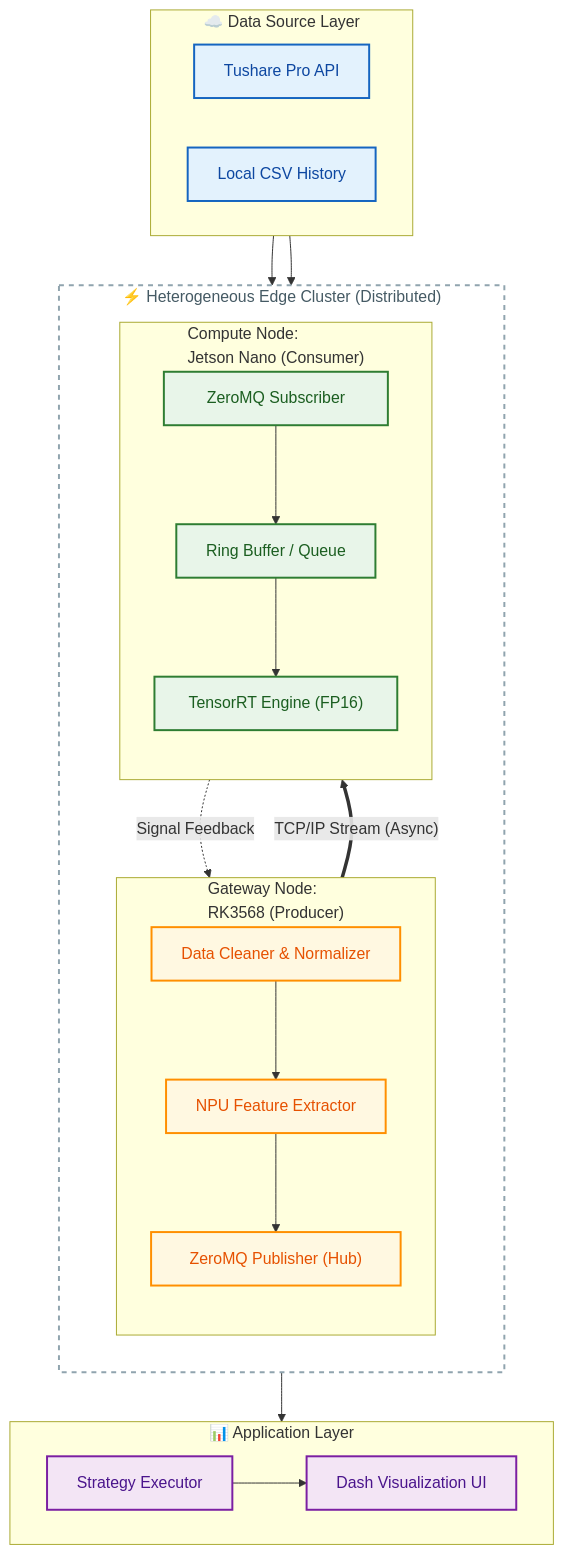
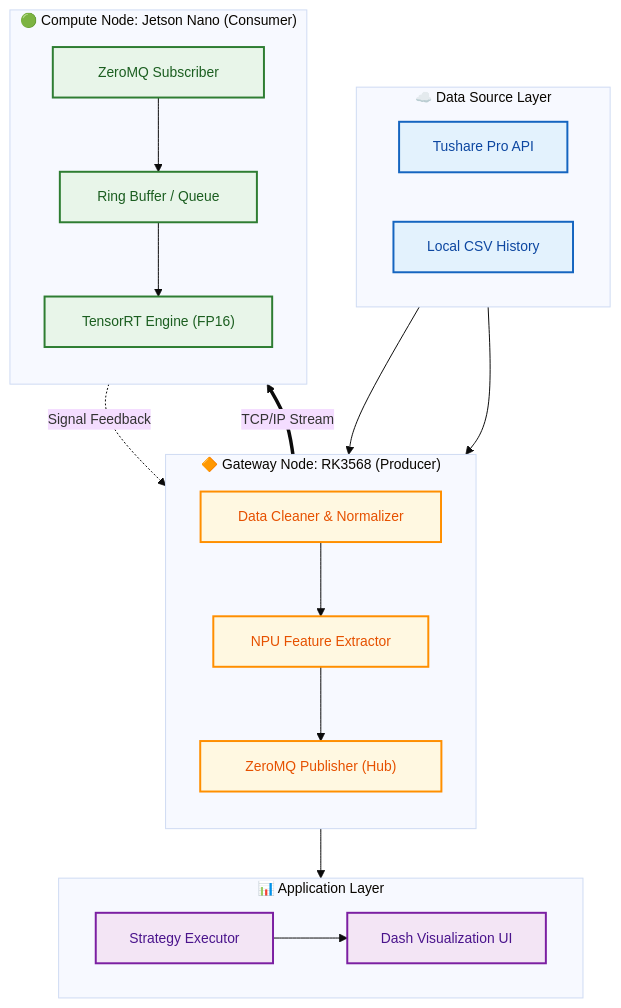
One commit to WNPPP0114/HEQIS changed the diagram in README.md. Above: the diagram before and after it, drawn with Mermaid.

Commit message:
Refactor Mermaid diagram and comments in README

````diff
--- a/README.md
+++ b/README.md
@@ -7,86 +7,80 @@
 ```mermaid
 graph TD
-    %% --- 全局样式定义 ---
+    %% --- 核心配置：强制增加间距 ---
+    %% nodesep: 同层节点间距, ranksep: 上下层间距
+    %% 这一行指令对防遮挡至关重要
+    %%{init: {'theme': 'base', 'themeVariables': { 'fontSize': '14px', 'fontFamily': 'arial'}, 'flowchart': {'nodeSpacing': 50, 'rankSpacing': 50, 'curve': 'basis'}}}%%
+
+    %% --- 样式定义 ---
     classDef cloud fill:#E3F2FD,stroke:#1565C0,stroke-width:2px,color:#0D47A1;
     classDef gateway fill:#FFF8E1,stroke:#FF8F00,stroke-width:2px,color:#E65100;
     classDef compute fill:#E8F5E9,stroke:#2E7D32,stroke-width:2px,color:#1B5E20;
     classDef app fill:#F3E5F5,stroke:#7B1FA2,stroke-width:2px,color:#4A148C;
-    
-    %% 虚线框样式
-    classDef container fill:#FFFFFF,stroke:#90A4AE,stroke-width:2px,stroke-dasharray: 5 5,color:#455A64;
 
     %% =======================
-    %% 1. 数据源层 (Top)
+    %% 1. 数据源层
     %% =======================
-    subgraph SourceLayer ["☁️ Data Source Layer"]
+    subgraph Cloud ["☁️ Data Source Layer"]
         direction LR
-        API["Tushare Pro API"]:::cloud
-        CSV["Local CSV History"]:::cloud
+        API["&nbsp;Tushare Pro API&nbsp;"]:::cloud
+        CSV["&nbsp;Local CSV History&nbsp;"]:::cloud
     end
 
     %% =======================
-    %% 2. 异构边缘集群 (Middle)
+    %% 2. 边缘计算节点 (移除外层包裹，直接展示两个节点)
     %% =======================
-    subgraph EdgeCluster ["⚡ Heterogeneous Edge Cluster (Distributed)"]
+    
+    %% --- RK3568 网关 ---
+    subgraph RK3568 ["🔶 Gateway Node: RK3568 (Producer)"]
         direction TB
+        %% 使用空格强行撑宽节点，防止边框压字
+        Cleaner["&nbsp;&nbsp;Data Cleaner & Normalizer&nbsp;&nbsp;"]:::gateway
+        RKNN["&nbsp;&nbsp;NPU Feature Extractor&nbsp;&nbsp;"]:::gateway
+        ZMQ_Pub["&nbsp;&nbsp;&nbsp;&nbsp;ZeroMQ Publisher (Hub)&nbsp;&nbsp;&nbsp;&nbsp;"]:::gateway
+    end
 
-        %% --- 网关节点 (RK3568) ---
-        %% 使用 <br/> 折行以减小宽度压力
-        subgraph RK3568 ["Gateway Node:<br/>RK3568 (Producer)"]
-            direction TB
-            Cleaner["Data Cleaner & Normalizer"]:::gateway
-            RKNN["NPU Feature Extractor"]:::gateway
-            %% 增加空格以物理撑开宽度
-            ZMQ_Pub["&nbsp;&nbsp;ZeroMQ Publisher (Hub)&nbsp;&nbsp;"]:::gateway
-        end
-
-        %% --- 计算节点 (Jetson) ---
-        %% 使用 <br/> 折行防止标题过长被截断
-        subgraph Jetson ["Compute Node:<br/>Jetson Nano (Consumer)"]
-            direction TB
-            %% 增加 &nbsp; 确保节点比标题宽，彻底解决遮挡问题
-            ZMQ_Sub["&nbsp;&nbsp;&nbsp;ZeroMQ Subscriber&nbsp;&nbsp;&nbsp;"]:::compute
-            Buffer["Ring Buffer / Queue"]:::compute
-            TRT["&nbsp;TensorRT Engine (FP16)&nbsp;"]:::compute
-        end
+    %% --- Jetson 计算节点 ---
+    subgraph Jetson ["🟢 Compute Node: Jetson Nano (Consumer)"]
+        direction TB
+        ZMQ_Sub["&nbsp;&nbsp;&nbsp;&nbsp;ZeroMQ Subscriber&nbsp;&nbsp;&nbsp;&nbsp;"]:::compute
+        Buffer["&nbsp;&nbsp;Ring Buffer / Queue&nbsp;&nbsp;"]:::compute
+        TRT["&nbsp;&nbsp;TensorRT Engine (FP16)&nbsp;&nbsp;"]:::compute
     end
 
     %% =======================
-    %% 3. 应用层 (Bottom)
+    %% 3. 应用层
     %% =======================
-    subgraph AppLayer ["📊 Application Layer"]
+    subgraph App ["📊 Application Layer"]
         direction LR
-        Strategy["Strategy Executor"]:::app
-        Dash["Dash Visualization UI"]:::app
+        Strategy["&nbsp;Strategy Executor&nbsp;"]:::app
+        Dash["&nbsp;Dash Visualization UI&nbsp;"]:::app
     end
 
     %% =======================
     %% 连线逻辑
     %% =======================
     
-    %% 数据流向
+    %% 数据源 -> 清洗
     API --> Cleaner
     CSV --> Cleaner
     
+    %% RK3568 内部
     Cleaner --> RKNN
     RKNN --> ZMQ_Pub
     
-    %% 跨节点通信 (加粗线条)
-    ZMQ_Pub ==>|"TCP/IP Stream (Async)"| ZMQ_Sub
+    %% 跨设备通信 (RK -> Jetson)
+    %% 使用加粗直线
+    ZMQ_Pub ==>|TCP/IP Stream| ZMQ_Sub
     
-    %% Jetson 内部处理
+    %% Jetson 内部
     ZMQ_Sub --> Buffer
     Buffer --> TRT
     
-    %% 反馈回路 (使用右侧曲线连接，避免穿插)
-    TRT -.->|"Signal Feedback"| ZMQ_Pub
+    %% 反馈回路 (关键优化：曲线路径)
+    %% 这里的 linkStyle 只是辅助，主要靠布局引擎自动计算
+    TRT -.->|Signal Feedback| ZMQ_Pub
     
     %% 输出到应用
     ZMQ_Pub --> Strategy
     Strategy --> Dash
-
-    %% =======================
-    %% 容器样式
-    %% =======================
-    class EdgeCluster container
 ```
````
